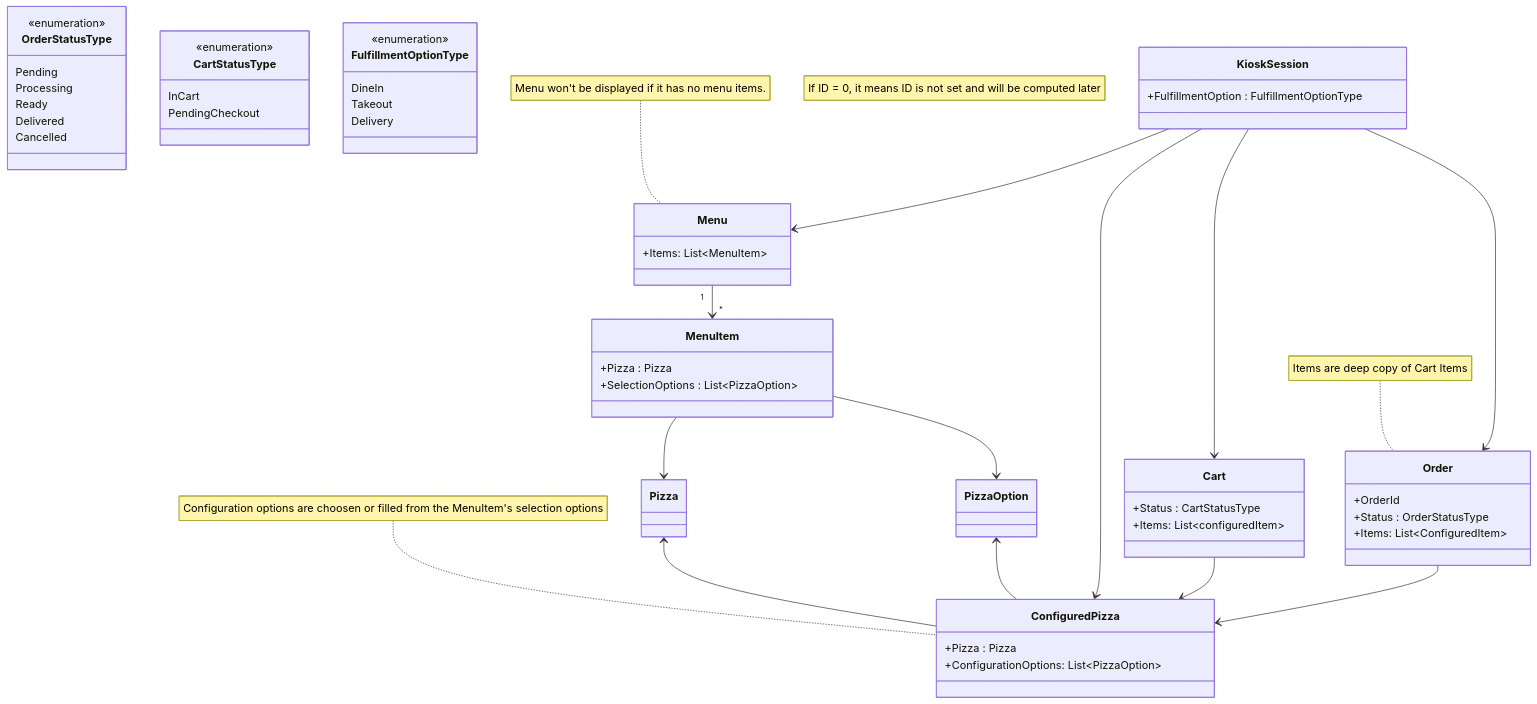
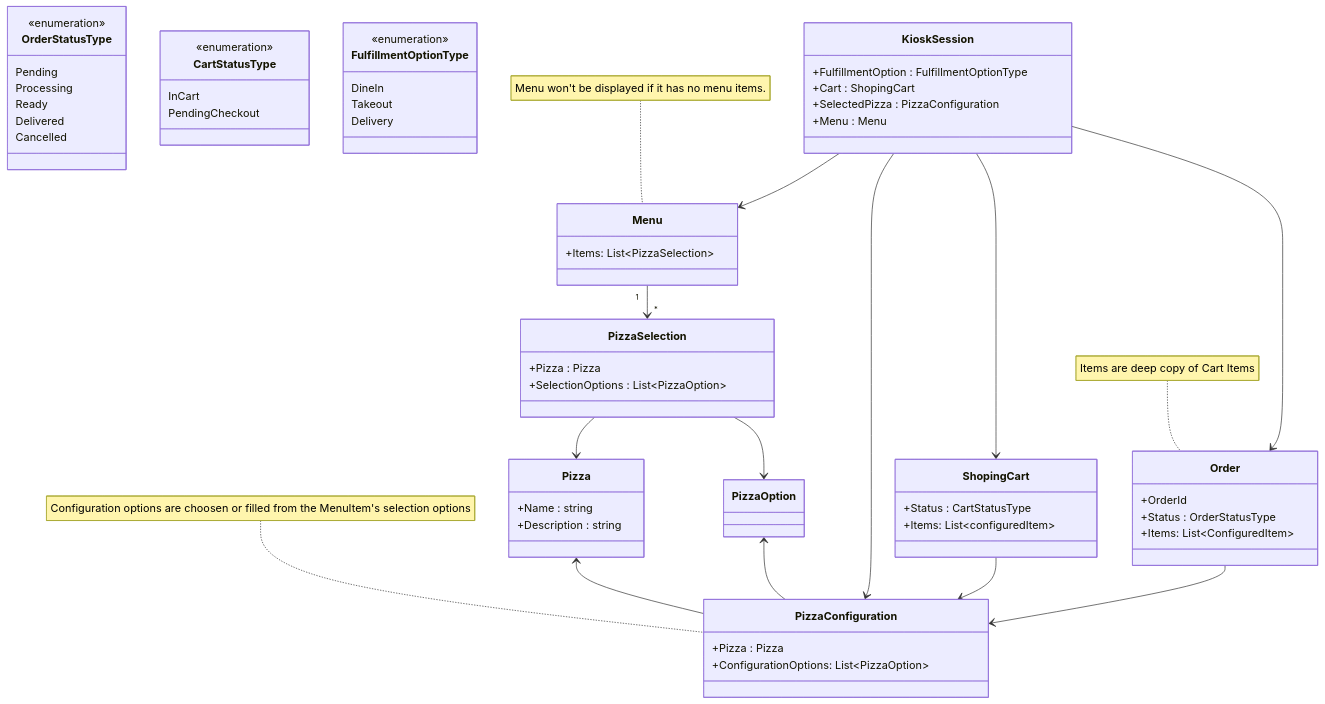
Before and after one commit to ekral/Utb.PizzaKiosk: the diagram in README.md, drawn with Mermaid.

Commit message:
Update class diagram

````diff
--- a/README.md
+++ b/README.md
@@ -160,5 +160,7 @@
 ```mermaid
- classDiagram
+classDiagram
+
+%% direction LR
 
    class OrderStatusType{
       <<enumeration>>
@@ -182,55 +184,72 @@
       Delivery
    }
 
-   note "If ID = 0, it means ID is not set and will be computed later"
-   %% direction LR
-   class PizzaOption
-   class Pizza
-   class MenuItem{
-      +Pizza : Pizza
-      +SelectionOptions : List~PizzaOption~
-   }
-   
-   note for Menu "Menu won't be displayed if it has no menu items."
-   class Menu{
-      +Items: List~MenuItem~
+   class KioskSession{
+      +FulfillmentOption : FulfillmentOptionType
+      +Cart : ShopingCart
+      +SelectedPizza : PizzaConfiguration
+      +Menu : Menu
    }
 
-   note for ConfiguredPizza "Configuration options are choosen or filled from the MenuItem's selection options"
-   class ConfiguredPizza{
-      +Pizza : Pizza
-      +ConfigurationOptions: List~PizzaOption~
-   }
-
-   class Cart{
-      +Status : CartStatusType
-      +Items: List~configuredItem~
-   }
-
-   
    note for Order "Items are deep copy of Cart Items"
-
    class Order{
       +OrderId
       +Status : OrderStatusType
       +Items: List~ConfiguredItem~
    }
 
+   class ShopingCart{
+      +Status : CartStatusType
+      +Items: List~configuredItem~
+   }
+
+   class PizzaOption{
+
+   }
+
+   note for PizzaConfiguration "Configuration options are choosen or filled from the MenuItem's selection options"
+   class PizzaConfiguration{
+      +Pizza : Pizza
+      +ConfigurationOptions: List~PizzaOption~
+   }
+
+   note for Menu "Menu won't be displayed if it has no menu items."
+   class Menu{
+      +Items: List~PizzaSelection~
+   }
+
+   class PizzaSelection{
+      +Pizza : Pizza
+      +SelectionOptions : List~PizzaOption~
+   }
+
+   class Pizza {
+      +Name : string
+      +Description : string
+   }
 
 
-   class KioskSession{
-      +FulfillmentOption : FulfillmentOptionType
-   }
 
-   MenuItem --> Pizza
-   Pizza <-- ConfiguredPizza
-   MenuItem --> PizzaOption
-   PizzaOption <-- ConfiguredPizza
-   Menu "1"--> "*" MenuItem
+
+   
+
+ 
+
+   
+
+
+
+   
+
+   PizzaSelection --> Pizza
+   Pizza <-- PizzaConfiguration
+   PizzaSelection --> PizzaOption
+   PizzaOption <-- PizzaConfiguration
+   Menu "1"--> "*" PizzaSelection
    KioskSession --> Menu
-   KioskSession  --> ConfiguredPizza
-   KioskSession  --> Cart
+   KioskSession  --> PizzaConfiguration
+   KioskSession  --> ShopingCart
    KioskSession  --> Order
-   Cart --> ConfiguredPizza
-   Order --> ConfiguredPizza
+   ShopingCart --> PizzaConfiguration
+   Order --> PizzaConfiguration
 ```
````
